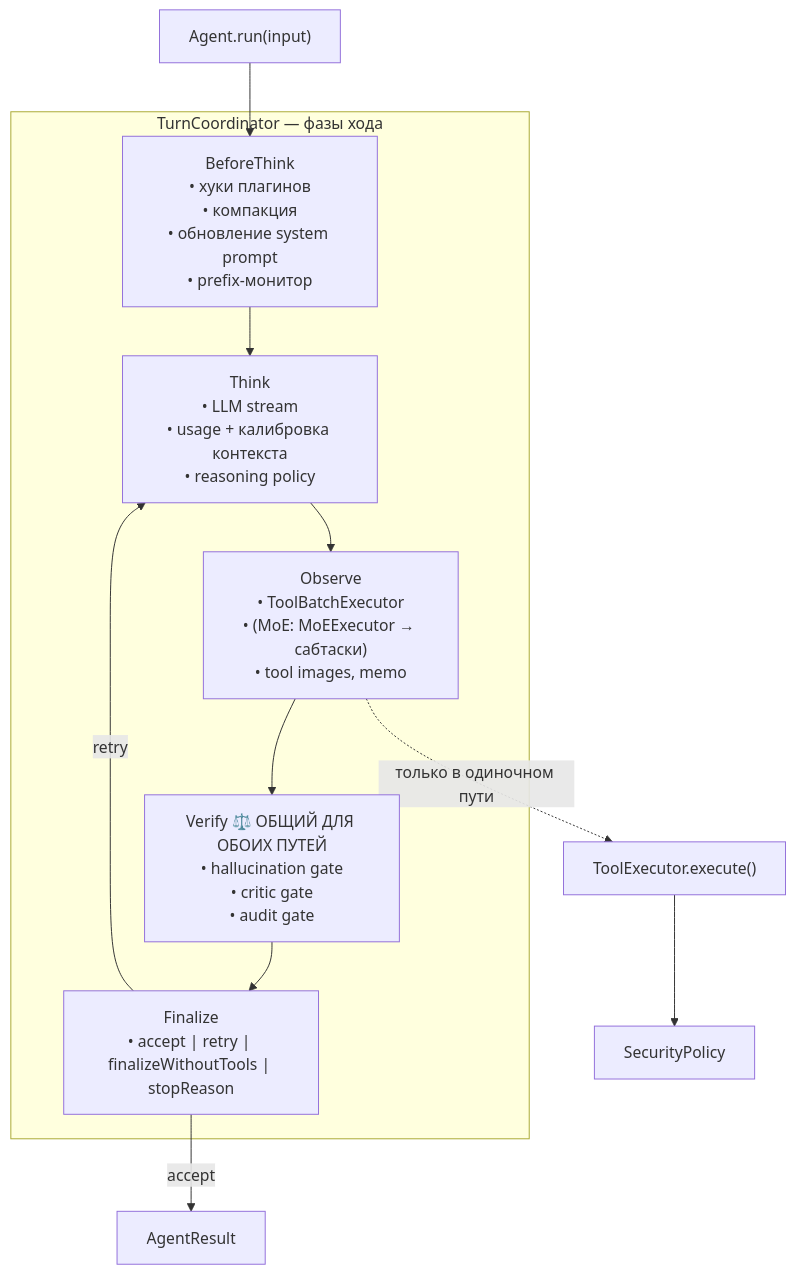
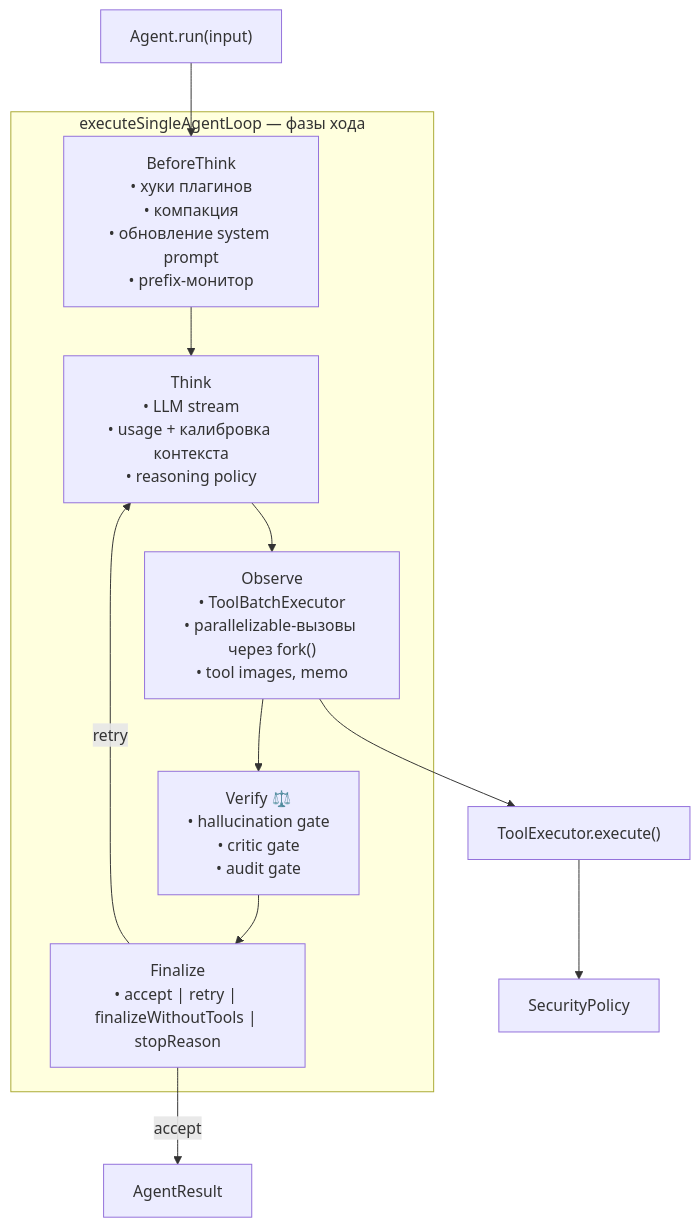
The third of 6 diagrams in docs/specs/2026-10-12-architecture-v2-schematics.md (Alexeykoh/micro-model-agent), drawn with Mermaid before and after one commit. The commit also changed other lines of this file and 11 other files, not shown here.

````diff
--- a/docs/specs/2026-10-12-architecture-v2-schematics.md
+++ b/docs/specs/2026-10-12-architecture-v2-schematics.md
@@ -136,19 +136,19 @@
 ```mermaid
 flowchart TB
   IN["Agent.run(input)"] --> BEFORE
 
-  subgraph TURN["TurnCoordinator — фазы хода"]
+  subgraph TURN["executeSingleAgentLoop — фазы хода"]
     BEFORE["BeforeThink<br/>• хуки плагинов<br/>• компакция<br/>• обновление system prompt<br/>• prefix-монитор"]
     THINK["Think<br/>• LLM stream<br/>• usage + калибровка контекста<br/>• reasoning policy"]
-    OBS["Observe<br/>• ToolBatchExecutor<br/>• (MoE: MoEExecutor → сабтаски)<br/>• tool images, memo"]
-    VERIFY["Verify ⚖️ ОБЩИЙ ДЛЯ ОБОИХ ПУТЕЙ<br/>• hallucination gate<br/>• critic gate<br/>• audit gate"]
+    OBS["Observe<br/>• ToolBatchExecutor<br/>• parallelizable-вызовы через fork()<br/>• tool images, memo"]
+    VERIFY["Verify ⚖️<br/>• hallucination gate<br/>• critic gate<br/>• audit gate"]
     FIN["Finalize<br/>• accept | retry | finalizeWithoutTools | stopReason"]
     BEFORE --> THINK --> OBS --> VERIFY --> FIN
   end
 
   FIN -->|"retry"| THINK
   FIN -->|accept| OUT["AgentResult"]
 
-  OBS -.->|только в одиночном пути| TB["ToolExecutor.execute()"]
+  OBS --> TB["ToolExecutor.execute()"]
   TB --> POL["SecurityPolicy"]
 ```
````
